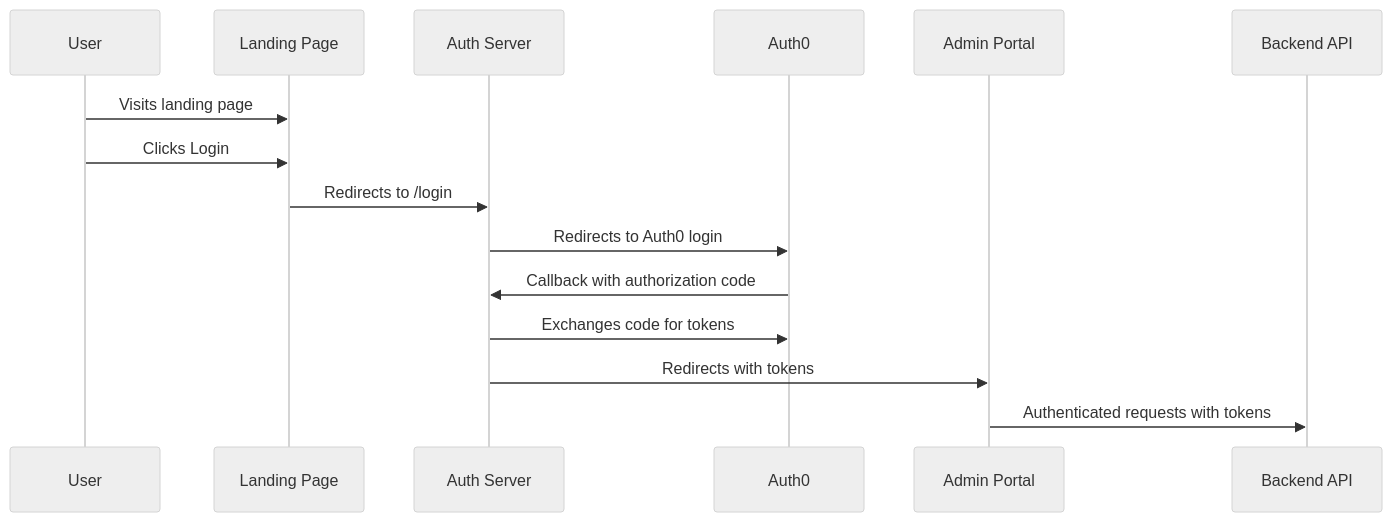
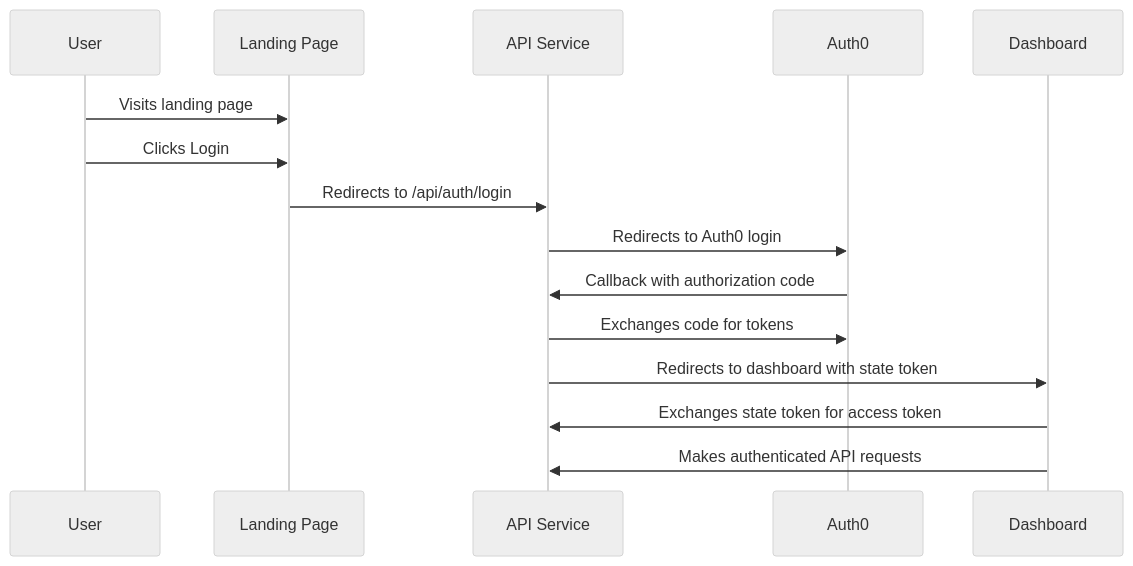
One commit to randallgann/rag-widget changed the first of 3 diagrams in docs/Architecture.md. Above: the diagram before and after it, drawn with Mermaid (neutral theme). The commit also changed other lines of this file and 26 other files, not shown here.

````diff
--- a/docs/Architecture.md
+++ b/docs/Architecture.md
@@ -66,11 +69,12 @@
 ```mermaid
 sequenceDiagram
     User->>Landing Page: Visits landing page
     User->>Landing Page: Clicks Login
-    Landing Page->>Auth Server: Redirects to /login
-    Auth Server->>Auth0: Redirects to Auth0 login
-    Auth0->>Auth Server: Callback with authorization code
-    Auth Server->>Auth0: Exchanges code for tokens
-    Auth Server->>Admin Portal: Redirects with tokens
-    Admin Portal->>Backend API: Authenticated requests with tokens
+    Landing Page->>API Service: Redirects to /api/auth/login
+    API Service->>Auth0: Redirects to Auth0 login
+    Auth0->>API Service: Callback with authorization code
+    API Service->>Auth0: Exchanges code for tokens
+    API Service->>Dashboard: Redirects to dashboard with state token
+    Dashboard->>API Service: Exchanges state token for access token
+    Dashboard->>API Service: Makes authenticated API requests
 ```
````
